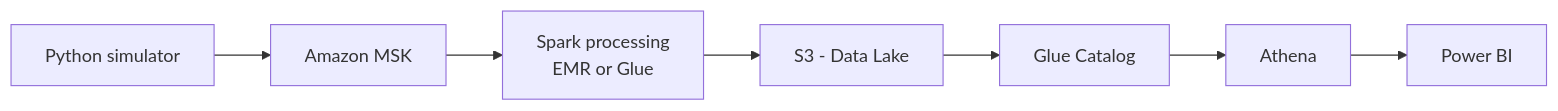
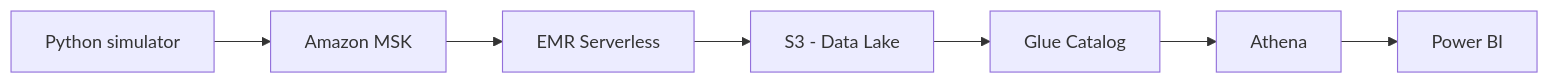
The fourth of 4 diagrams in README.en.md (thcarole1/ev-powertrain-manufacturing_analytics), drawn with Mermaid before and after one commit. The commit also changed other lines of this file and 12 other files, not shown here.

First line of the commit message:
Feature/emr serverless detection (#19)

````diff
--- a/README.en.md
+++ b/README.en.md
@@ -71,9 +84,9 @@
 ```mermaid
 flowchart LR
     A["Python simulator"] --> B["Amazon MSK"]
-    B --> C["Spark processing<br/>EMR or Glue"]
+    B --> C["EMR Serverless"]
     C --> D["S3 - Data Lake"]
     D --> E["Glue Catalog"]
     E --> F["Athena"]
     F --> G["Power BI"]
 ```
````
